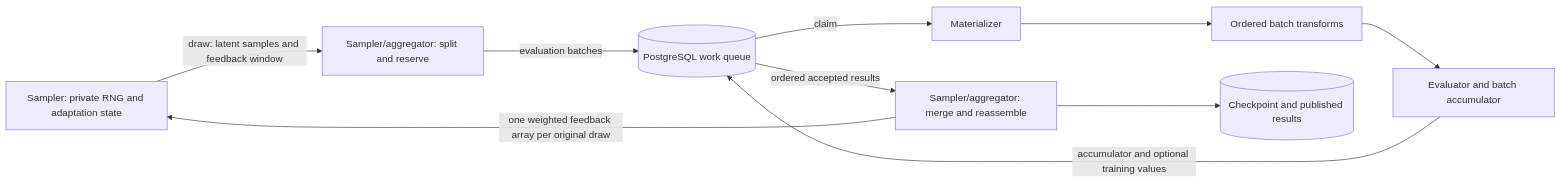
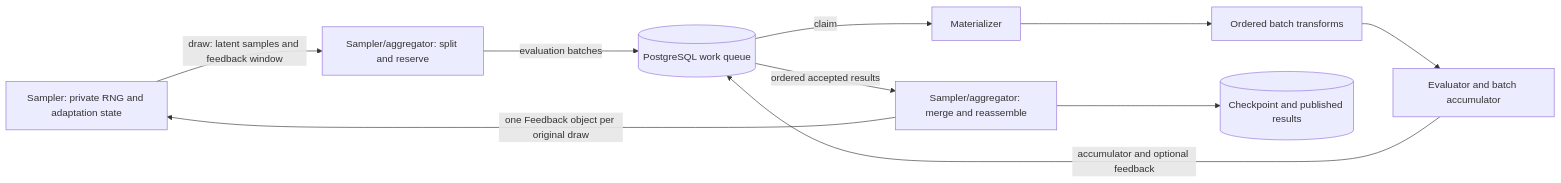
One commit to alphal00p/gammaboard changed the diagram in docs/execution-model.md. Above: the diagram before and after it, drawn with Mermaid. The commit also changed other lines of this file and 145 other files, not shown here.

````diff
--- a/docs/execution-model.md
+++ b/docs/execution-model.md
@@ -11,12 +11,12 @@
 ```mermaid
 flowchart LR
     S[Sampler: private RNG and adaptation state] -->|draw: latent samples and feedback window| R[Sampler/aggregator: split and reserve]
     R -->|evaluation batches| Q[(PostgreSQL work queue)]
     Q -->|claim| M[Materializer]
     M --> T[Ordered batch transforms]
     T --> E[Evaluator and batch accumulator]
-    E -->|accumulator and optional training values| Q
+    E -->|accumulator and optional feedback| Q
     Q -->|ordered accepted results| A[Sampler/aggregator: merge and reassemble]
-    A -->|one weighted feedback array per original draw| S
+    A -->|one Feedback object per original draw| S
     A --> C[(Checkpoint and published results)]
 ```
````
